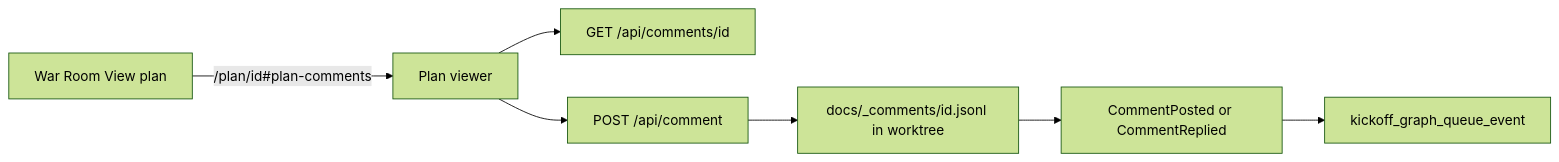
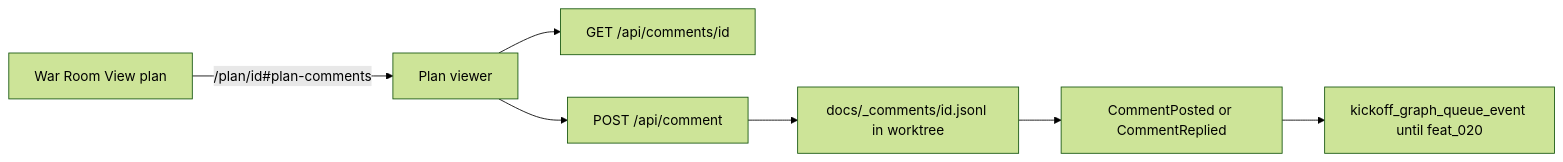
One commit to vincentc-b/CascadeCode changed the diagram in docs/features/1_backlog/feat_016_comment_read_api_and_war_room_wiring.md. Above: the diagram before and after it, drawn with Mermaid (forest theme). The commit also changed other lines of this file, not shown here.

````diff
--- a/docs/features/1_backlog/feat_016_comment_read_api_and_war_room_wiring.md
+++ b/docs/features/1_backlog/feat_016_comment_read_api_and_war_room_wiring.md
@@ -99,9 +107,9 @@
 ```mermaid
 flowchart LR
   WR[War Room View plan] -->|"/plan/id#plan-comments"| PV[Plan viewer]
   PV --> GET[GET /api/comments/id]
   PV --> POST[POST /api/comment]
   POST --> STORE["docs/_comments/id.jsonl in worktree"]
   STORE --> Q[CommentPosted or CommentReplied]
-  Q --> KO[kickoff_graph_queue_event]
+  Q --> KO[kickoff_graph_queue_event until feat_020]
 ```
````
